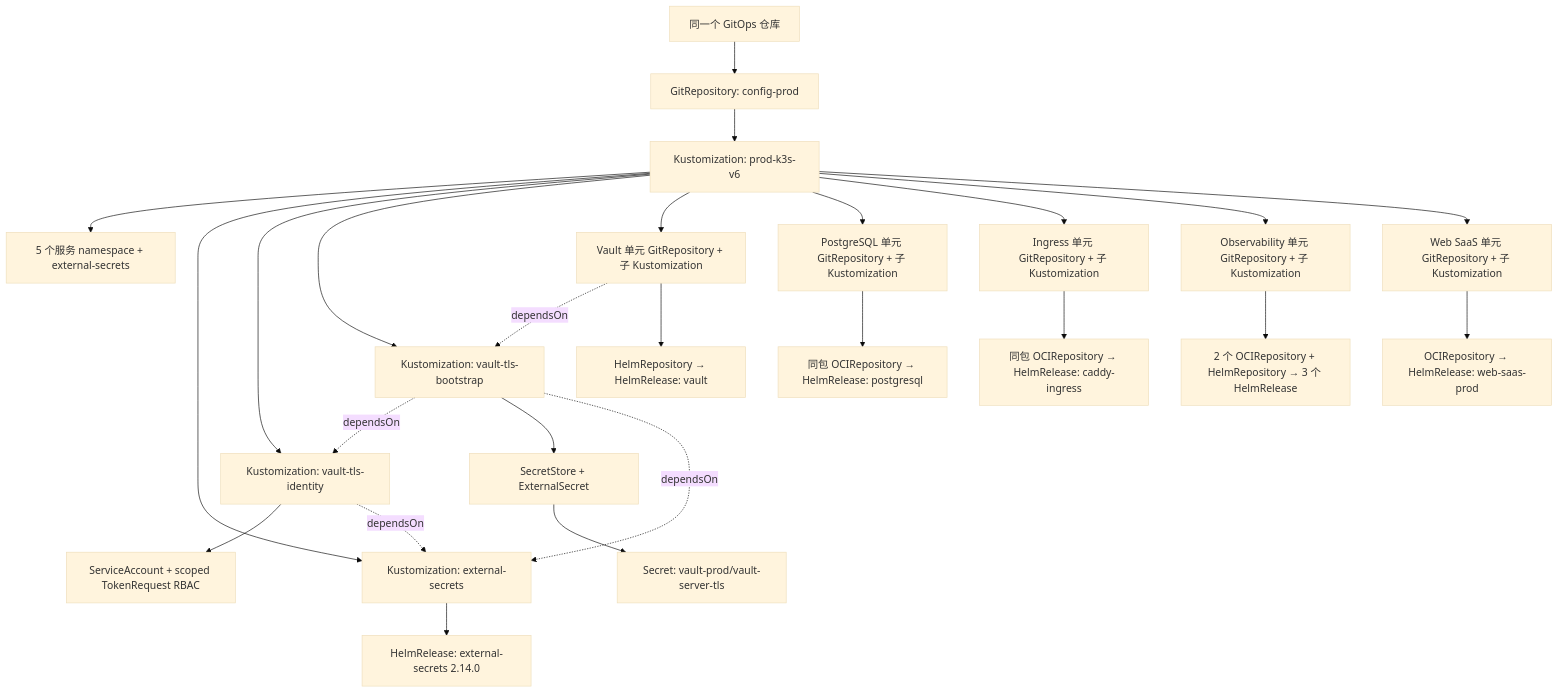
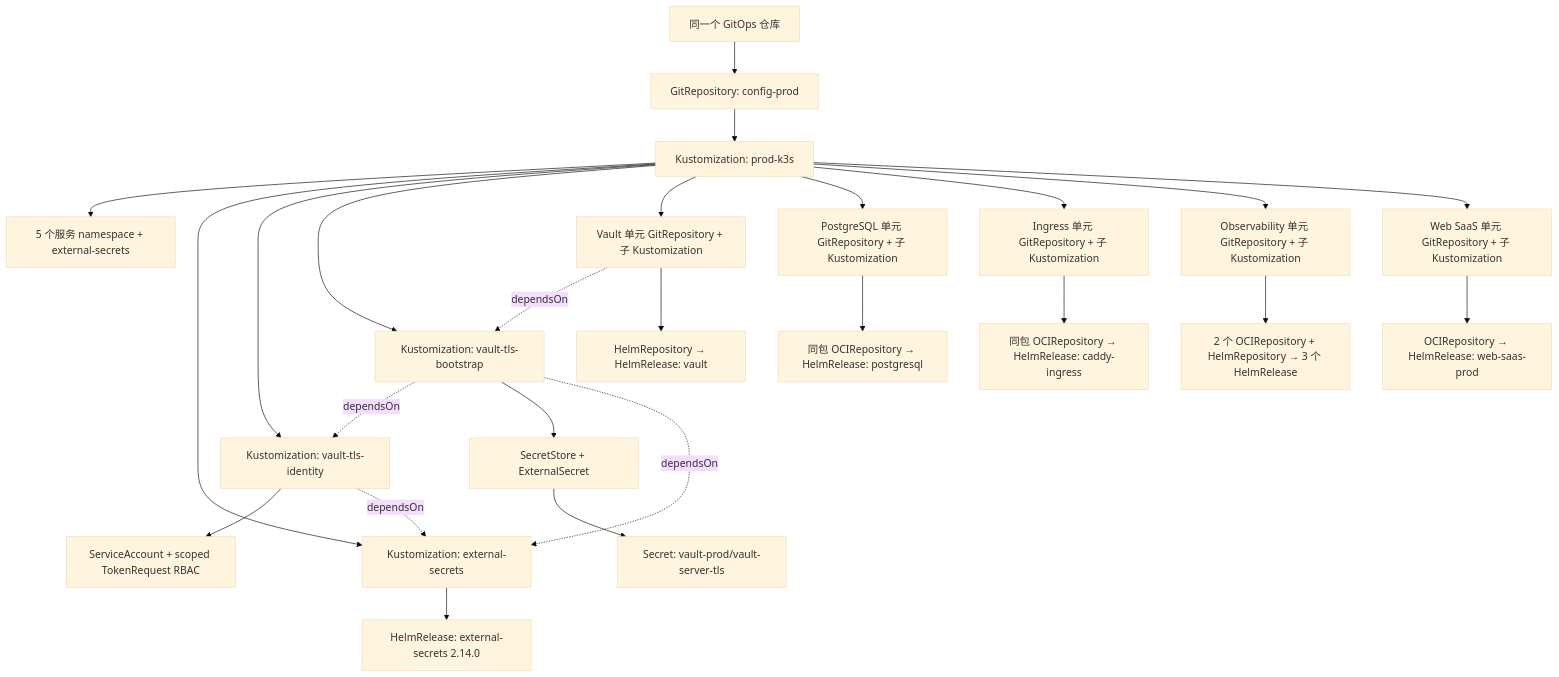
The diagram in docs/prod-k3s-v6-gitops-hierarchy.md (ai-workspace-infra/gitops), drawn with Mermaid (base theme) before and after one commit. The commit also changed other lines of this file and 6 other files, not shown here.

Commit message:
fix(prod-k3s): use stable Flux root for V6 batch (#672)

````diff
--- a/docs/prod-k3s-v6-gitops-hierarchy.md
+++ b/docs/prod-k3s-v6-gitops-hierarchy.md
@@ -8,27 +8,27 @@
 ```mermaid
 flowchart TD
   Repo[同一个 GitOps 仓库] --> Bootstrap[GitRepository: config-prod]
-  Bootstrap --> Root[Kustomization: prod-k3s-v6]
+  Bootstrap --> Root[Kustomization: prod-k3s]
   Root --> NS[5 个服务 namespace + external-secrets]
   Root --> ESO[Kustomization: external-secrets]
   ESO --> EHR[HelmRelease: external-secrets 2.14.0]
   Root --> ID[Kustomization: vault-tls-identity]
   ID --> SA[ServiceAccount + scoped TokenRequest RBAC]
   ID -. dependsOn .-> ESO
   Root --> TLS[Kustomization: vault-tls-bootstrap]
   TLS -. dependsOn .-> ID
   TLS --> Ext[SecretStore + ExternalSecret]
   Ext --> TSecret[Secret: vault-prod/vault-server-tls]
   TLS -. dependsOn .-> ESO
   Root --> V[Vault 单元 GitRepository + 子 Kustomization]
   Root --> P[PostgreSQL 单元 GitRepository + 子 Kustomization]
   Root --> I[Ingress 单元 GitRepository + 子 Kustomization]
   Root --> O[Observability 单元 GitRepository + 子 Kustomization]
   Root --> W[Web SaaS 单元 GitRepository + 子 Kustomization]
   V -. dependsOn .-> TLS
   V --> VH[HelmRepository → HelmRelease: vault]
   P --> PH[同包 OCIRepository → HelmRelease: postgresql]
   I --> IH[同包 OCIRepository → HelmRelease: caddy-ingress]
   O --> OH[2 个 OCIRepository + HelmRepository → 3 个 HelmRelease]
   W --> WH[OCIRepository → HelmRelease: web-saas-prod]
 ```
````
